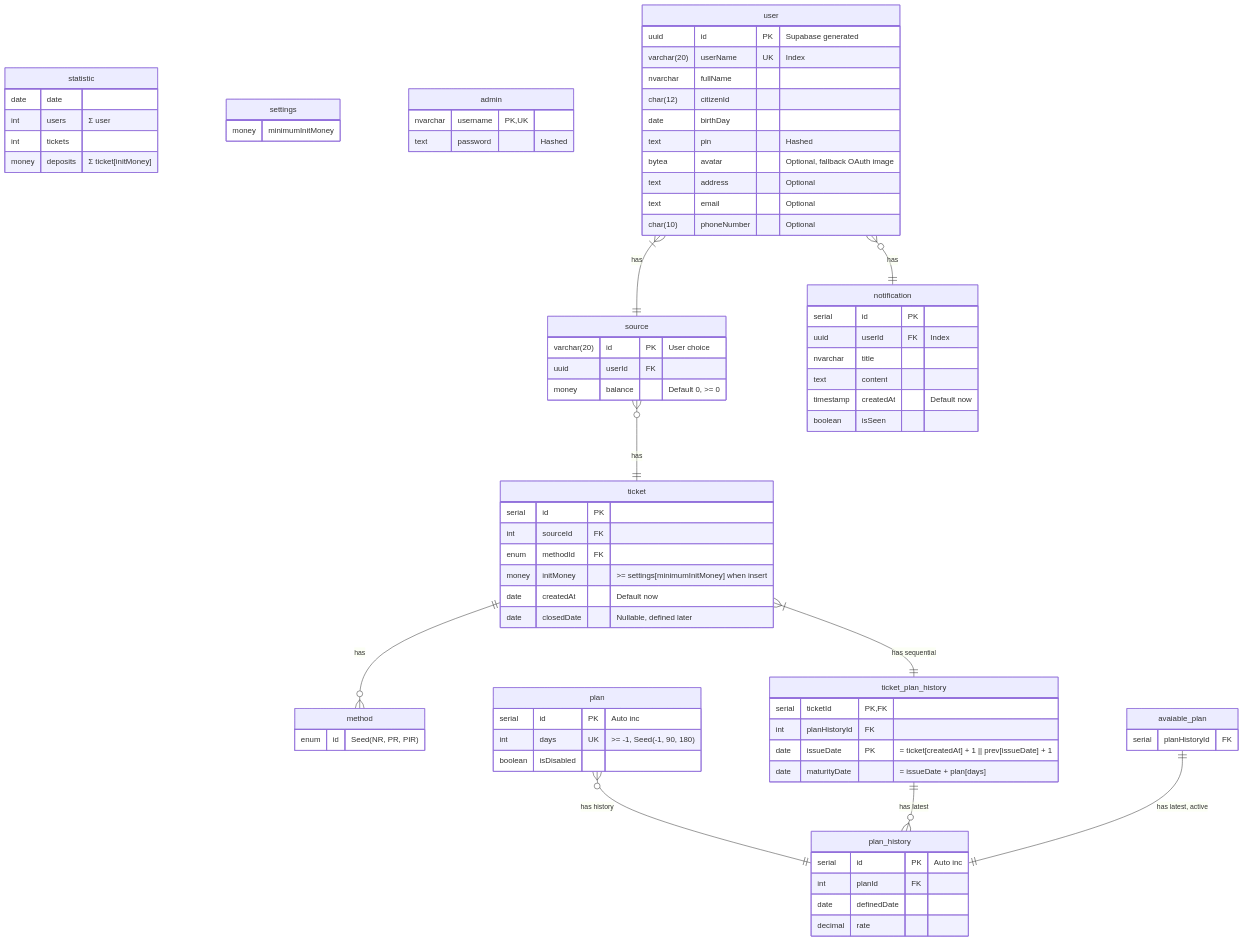
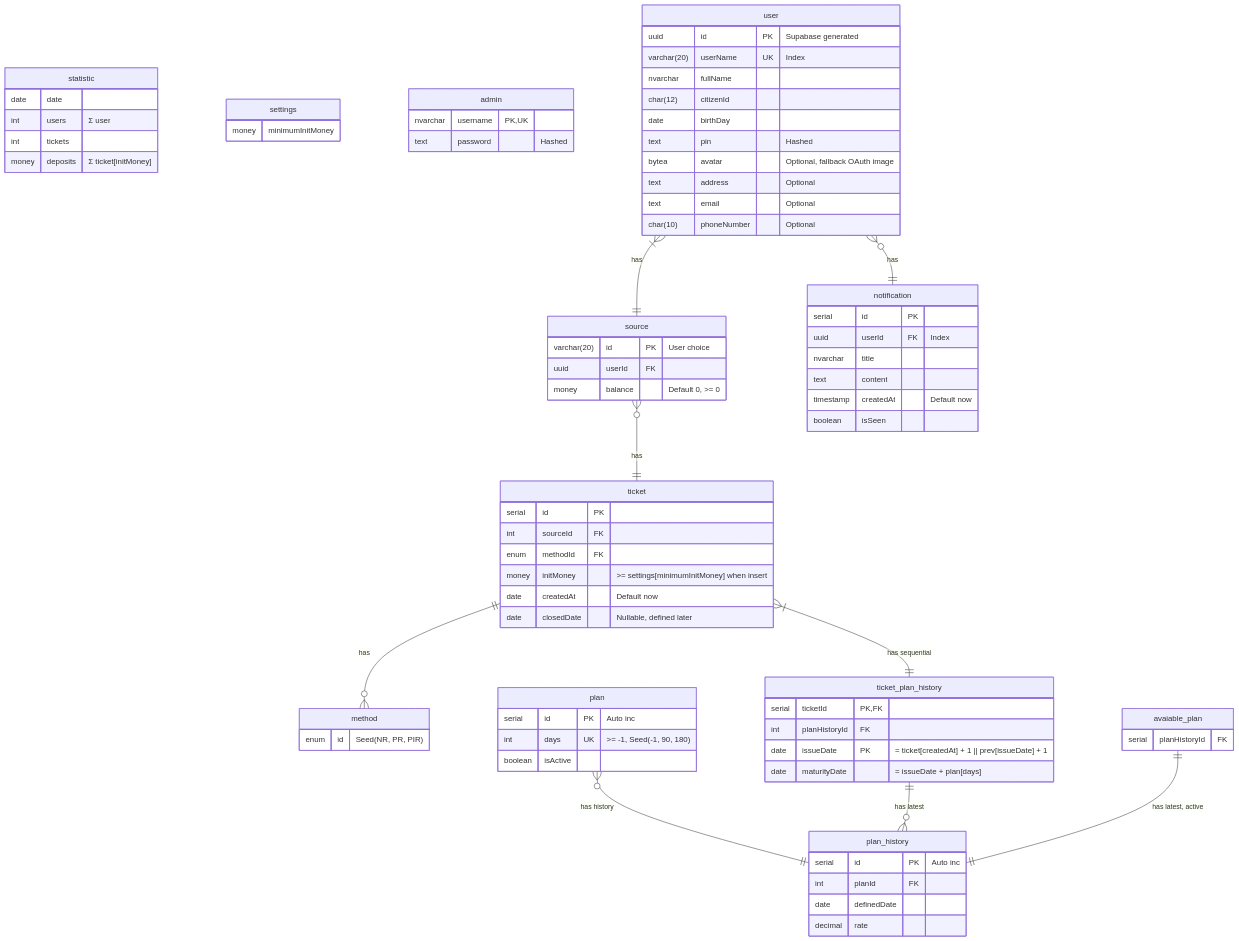
Before and after one commit to coinhub-uit/coinhub-uit.github.io: the diagram in docs/diagrams/database.md, drawn with Mermaid.

Commit message:
chore(db): plan with field isActive instead of isDisabled

```diff
--- a/docs/diagrams/database.md
+++ b/docs/diagrams/database.md
@@ -74,7 +74,7 @@
   plan {
     serial id PK "Auto inc"
     int days UK ">= -1, Seed(-1, 90, 180)"
-    boolean isDisabled
+    boolean isActive
   }
 
   avaiable_plan {
```
